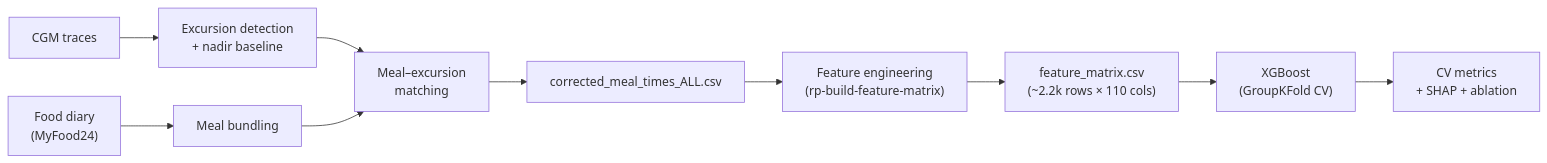
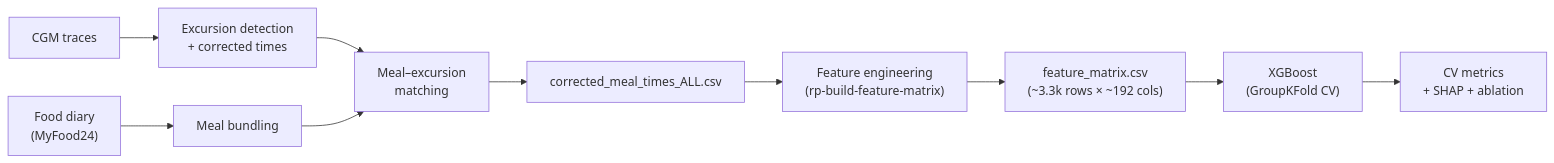
One commit to jmsorando/BS-Research-Project-Personalized-Glucose-Prediction changed the diagram in README.md. Above: the diagram before and after it, drawn with Mermaid. The commit also changed other lines of this file and 38 other files, not shown here.

````diff
--- a/README.md
+++ b/README.md
@@ -27,12 +27,12 @@
 ```mermaid
 flowchart LR
-    A["CGM traces"] --> B["Excursion detection\n+ nadir baseline"]
+    A["CGM traces"] --> B["Excursion detection\n+ corrected times"]
     C["Food diary\n(MyFood24)"] --> D["Meal bundling"]
     B --> E["Meal–excursion\nmatching"]
     D --> E
     E --> F["corrected_meal_times_ALL.csv"]
     F --> G["Feature engineering\n(rp-build-feature-matrix)"]
-    G --> H["feature_matrix.csv\n(~2.2k rows × 110 cols)"]
+    G --> H["feature_matrix.csv\n(~3.3k rows × ~192 cols)"]
     H --> I["XGBoost\n(GroupKFold CV)"]
     I --> J["CV metrics\n+ SHAP + ablation"]
 ```
````
